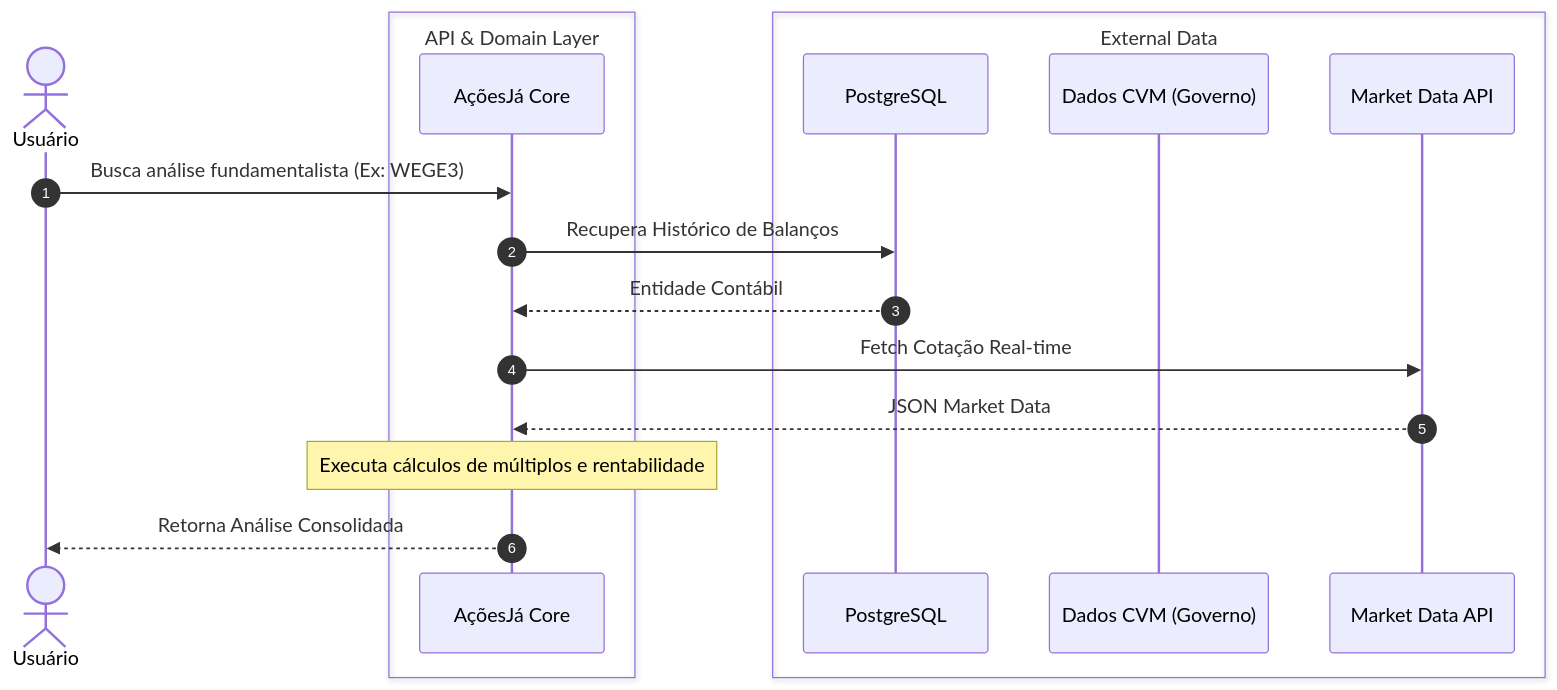
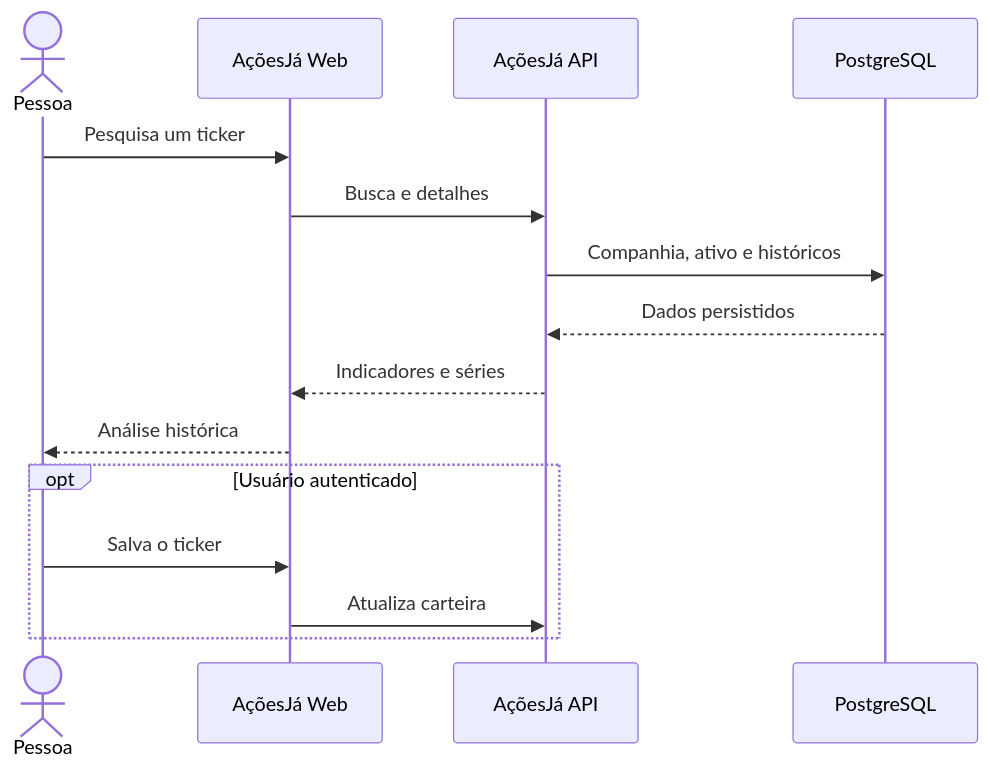
The second of 2 diagrams in README.md (RaphaelFeijoSalles/acoes-ja-showcase), drawn with Mermaid before and after one commit. The commit also changed other lines of this file and 10 other files, not shown here.

````diff
--- a/README.md
+++ b/README.md
@@ -77,22 +181,18 @@
 ```mermaid
 sequenceDiagram
-    autonumber
-    actor User as Usuário
-    box API & Domain Layer
-        participant App as AçõesJá Core
+    actor Pessoa
+    participant Web as AçõesJá Web
+    participant API as AçõesJá API
+    participant DB as PostgreSQL
+
+    Pessoa->>Web: Pesquisa um ticker
+    Web->>API: Busca e detalhes
+    API->>DB: Companhia, ativo e históricos
+    DB-->>API: Dados persistidos
+    API-->>Web: Indicadores e séries
+    Web-->>Pessoa: Análise histórica
+    opt Usuário autenticado
+        Pessoa->>Web: Salva o ticker
+        Web->>API: Atualiza carteira
     end
-    box External Data
-        participant DB as PostgreSQL
-        participant CVM as Dados CVM (Governo)
-        participant B3 as Market Data API
-    end
-
-    User->>App: Busca análise fundamentalista (Ex: WEGE3)
-    App->>DB: Recupera Histórico de Balanços
-    DB-->>App: Entidade Contábil
-    App->>B3: Fetch Cotação Real-time
-    B3-->>App: JSON Market Data
-    Note over App: Executa cálculos de múltiplos e rentabilidade
-    App-->>User: Retorna Análise Consolidada
-
 ```
````
